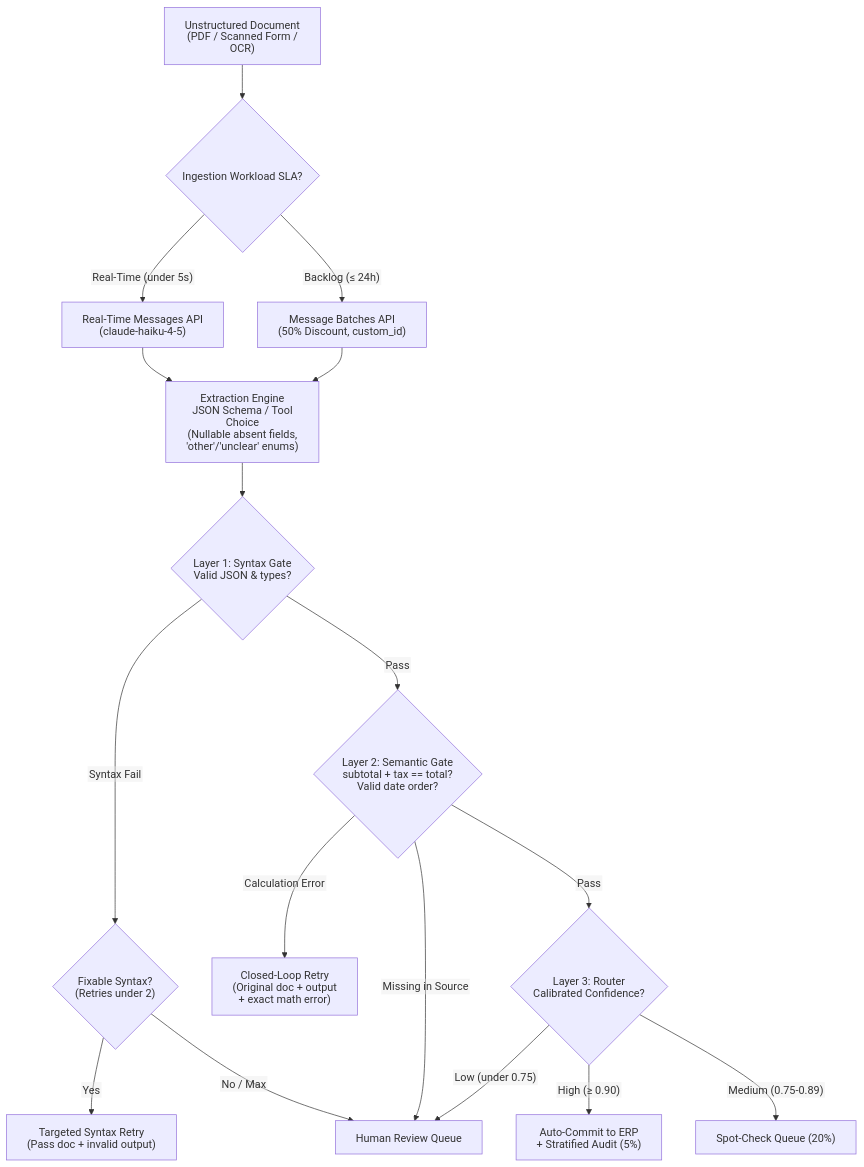
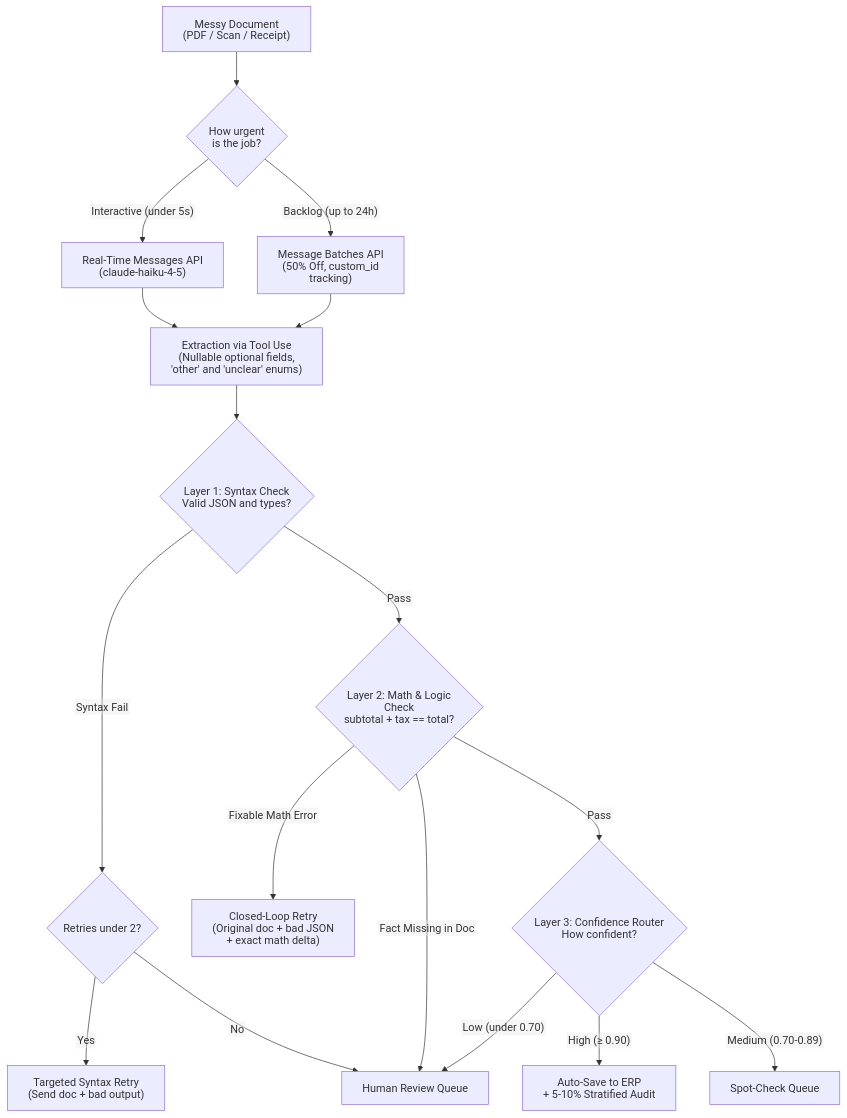
The first of 2 diagrams in scenarios/scenario_6_structured_data_extraction/SCENARIO_GUIDE.md (dip4k/claude_cert_architect_foundation_prep), drawn with Mermaid before and after one commit. The commit also changed other lines of this file and 13 other files, not shown here.

````diff
--- a/scenarios/scenario_6_structured_data_extraction/SCENARIO_GUIDE.md
+++ b/scenarios/scenario_6_structured_data_extraction/SCENARIO_GUIDE.md
@@ -32,27 +23,27 @@
 ```mermaid
 ---
 config:
   htmlLabels: false
 ---
 flowchart TD
-    Doc["Unstructured Document<br>(PDF / Scanned Form / OCR)"] --> Router{"Ingestion Workload SLA?"}
+    Doc["Messy Document<br>(PDF / Scan / Receipt)"] --> Router{"How urgent<br>is the job?"}
 
-    Router -->|"Real-Time (under 5s)"| RT["Real-Time Messages API<br>(claude-haiku-4-5)"]
-    Router -->|"Backlog (≤ 24h)"| Batch["Message Batches API<br>(50% Discount, custom_id)"]
+    Router -->|"Interactive (under 5s)"| RT["Real-Time Messages API<br>(claude-haiku-4-5)"]
+    Router -->|"Backlog (up to 24h)"| Batch["Message Batches API<br>(50% Off, custom_id tracking)"]
 
-    RT & Batch --> Engine["Extraction Engine<br>JSON Schema / Tool Choice<br>(Nullable absent fields,<br>'other'/'unclear' enums)"]
+    RT & Batch --> Engine["Extraction via Tool Use<br>(Nullable optional fields,<br>'other' and 'unclear' enums)"]
 
-    Engine --> Gate1{"Layer 1: Syntax Gate<br>Valid JSON & types?"}
-    Gate1 -->|"Syntax Fail"| FixSyntax{"Fixable Syntax?<br>(Retries under 2)"}
-    FixSyntax -->|"Yes"| Retry1["Targeted Syntax Retry<br>(Pass doc + invalid output)"]
-    FixSyntax -->|"No / Max"| Human["Human Review Queue"]
+    Engine --> Gate1{"Layer 1: Syntax Check<br>Valid JSON and types?"}
+    Gate1 -->|"Syntax Fail"| FixSyntax{"Retries under 2?"}
+    FixSyntax -->|"Yes"| Retry1["Targeted Syntax Retry<br>(Send doc + bad output)"]
+    FixSyntax -->|"No"| Human["Human Review Queue"]
 
-    Gate1 -->|"Pass"| Gate2{"Layer 2: Semantic Gate<br>subtotal + tax == total?<br>Valid date order?"}
-    Gate2 -->|"Calculation Error"| Retry2["Closed-Loop Retry<br>(Original doc + output<br>+ exact math error)"]
-    Gate2 -->|"Missing in Source"| Human
+    Gate1 -->|"Pass"| Gate2{"Layer 2: Math & Logic Check<br>subtotal + tax == total?"}
+    Gate2 -->|"Fixable Math Error"| Retry2["Closed-Loop Retry<br>(Original doc + bad JSON<br>+ exact math delta)"]
+    Gate2 -->|"Fact Missing in Doc"| Human
 
-    Gate2 -->|"Pass"| Conf{"Layer 3: Router<br>Calibrated Confidence?"}
-    Conf -->|"High (≥ 0.90)"| Auto["Auto-Commit to ERP<br>+ Stratified Audit (5%)"]
-    Conf -->|"Medium (0.75-0.89)"| Spot["Spot-Check Queue (20%)"]
-    Conf -->|"Low (under 0.75)"| Human
+    Gate2 -->|"Pass"| Conf{"Layer 3: Confidence Router<br>How confident?"}
+    Conf -->|"High (≥ 0.90)"| Auto["Auto-Save to ERP<br>+ 5-10% Stratified Audit"]
+    Conf -->|"Medium (0.70-0.89)"| Spot["Spot-Check Queue"]
+    Conf -->|"Low (under 0.70)"| Human
 ```
````
